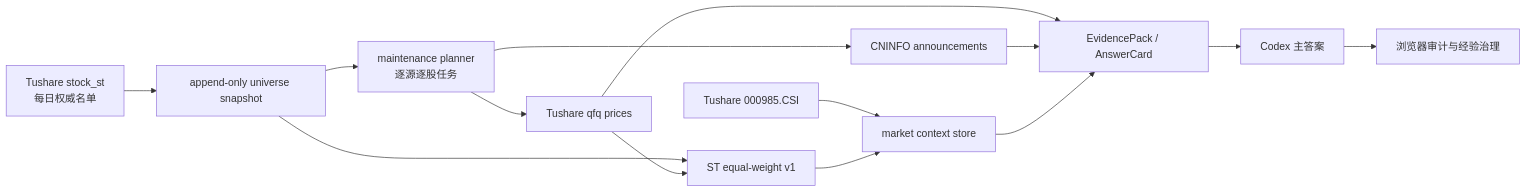
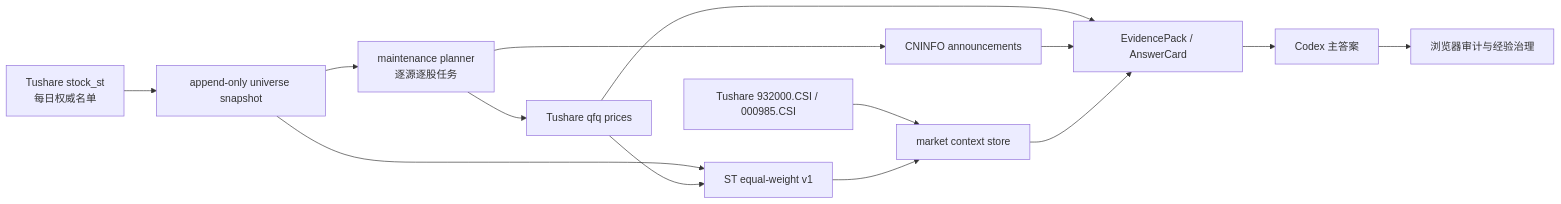
The diagram in V8_NEXT_PRD.md (Nivael/v8_copilot), drawn with Mermaid before and after one commit. The commit also changed other lines of this file and 7 other files, not shown here.

````diff
--- a/V8_NEXT_PRD.md
+++ b/V8_NEXT_PRD.md
@@ -124,16 +125,16 @@
 ```mermaid
 flowchart LR
     A["Tushare stock_st\n每日权威名单"] --> B["append-only universe snapshot"]
     B --> C["maintenance planner\n逐源逐股任务"]
     C --> D["Tushare qfq prices"]
     C --> E["CNINFO announcements"]
     B --> F["ST equal-weight v1"]
     D --> F
-    G["Tushare 000985.CSI"] --> H["market context store"]
+    G["Tushare 932000.CSI / 000985.CSI"] --> H["market context store"]
     F --> H
     D --> I["EvidencePack / AnswerCard"]
     E --> I
     H --> I
     I --> J["Codex 主答案"]
     J --> K["浏览器审计与经验治理"]
 ```
````
